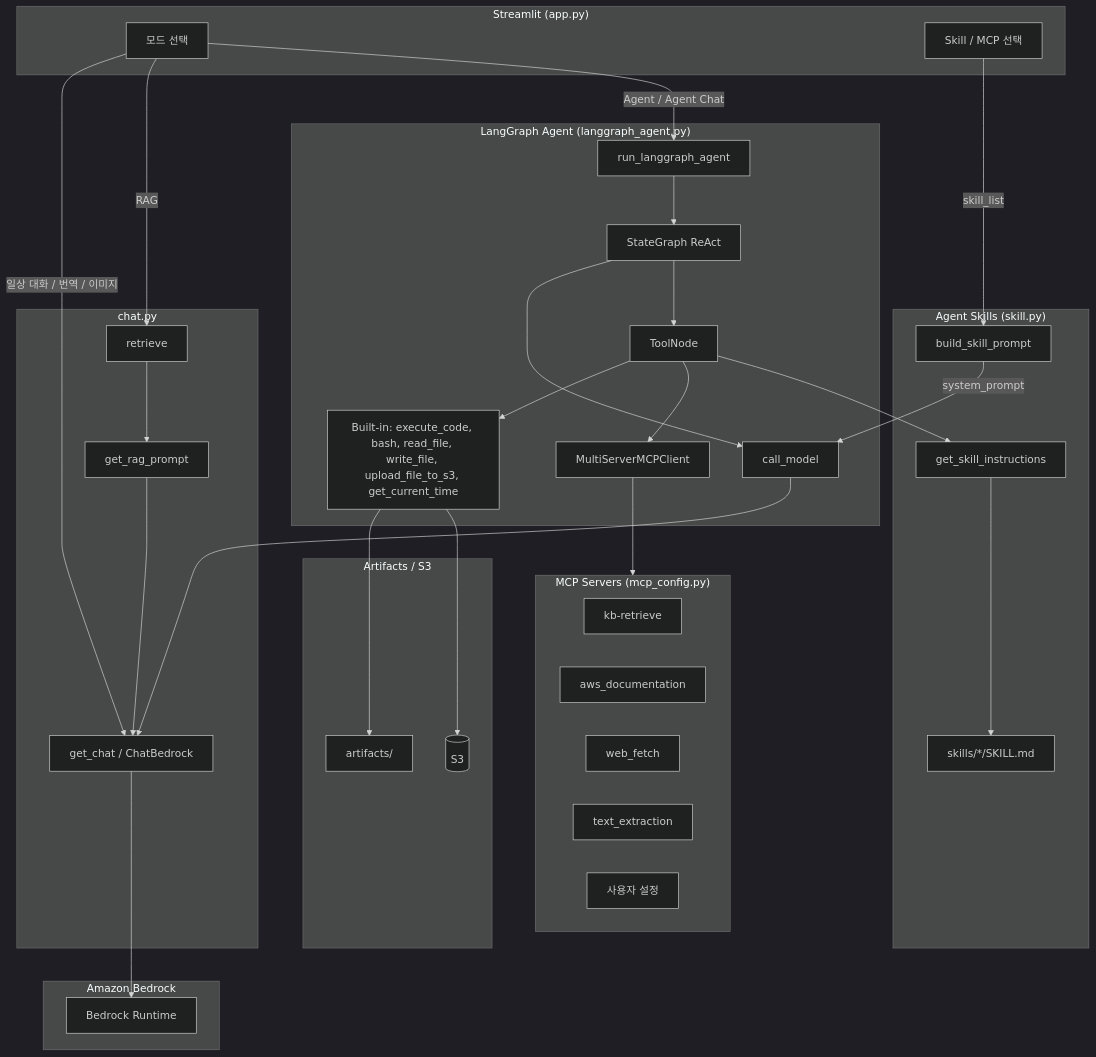
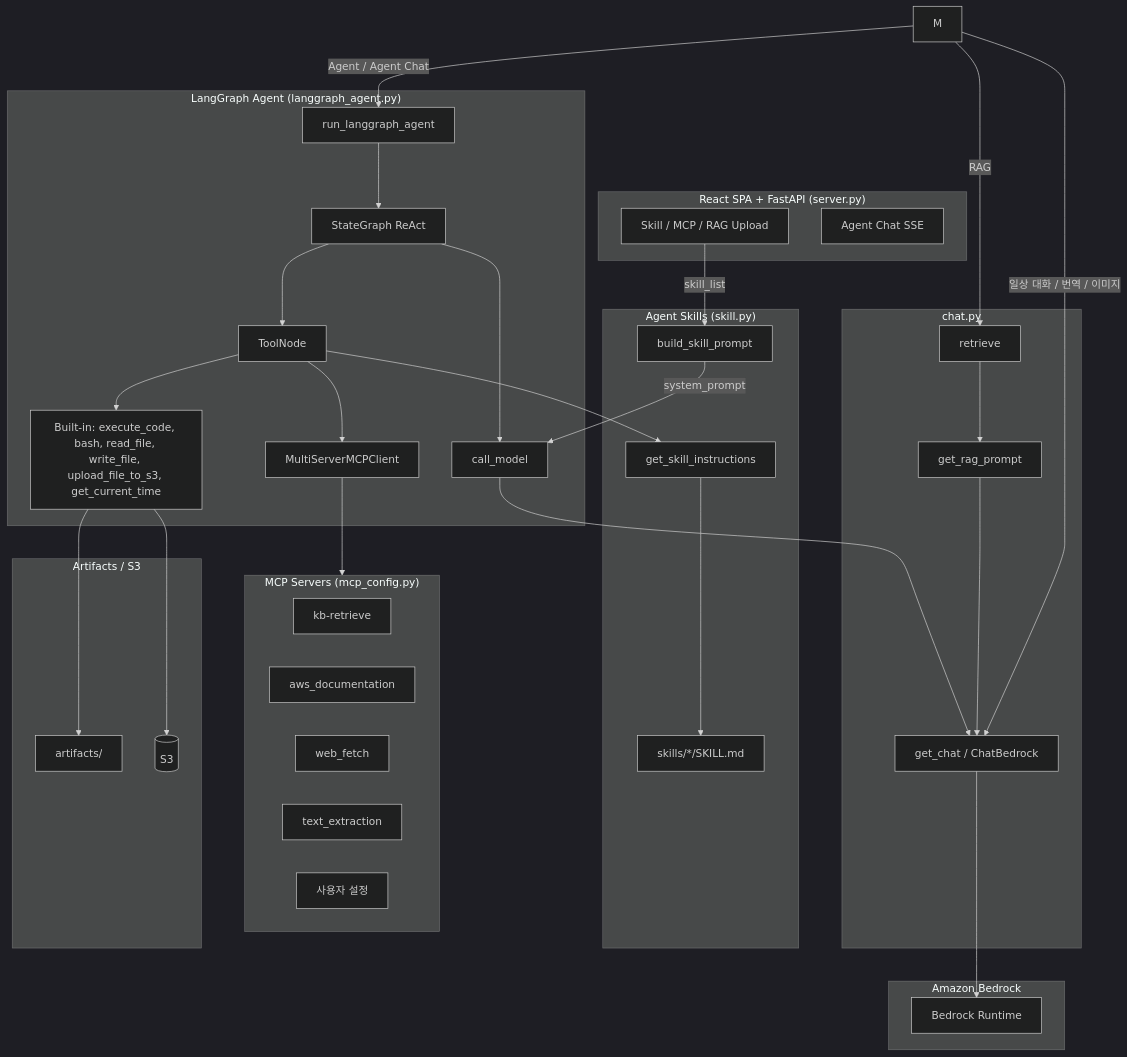
Before and after one commit to kyopark2014/rag-automation: the diagram in README.md, drawn with Mermaid (dark theme). The commit also changed other lines of this file and 71 other files, not shown here.

First line of the commit message:
Migrate UI from Streamlit to FastAPI + React and scope KB data to project prefix.

````diff
--- a/README.md
+++ b/README.md
@@ -19,67 +30,67 @@
 ```mermaid
 flowchart TB
-  subgraph UI["Streamlit (app.py)"]
-    M[모드 선택]
-    SKUI[Skill / MCP 선택]
+  subgraph UI["React SPA + FastAPI (server.py)"]
+    SKUI[Skill / MCP / RAG Upload]
+    CHAT[Agent Chat SSE]
   end
 
   subgraph LLM["Amazon Bedrock"]
     BR[Bedrock Runtime]
   end
 
   subgraph Chat["chat.py"]
     GC[get_chat / ChatBedrock]
     RET[retrieve]
     RAG[get_rag_prompt]
   end
 
   subgraph Skills["Agent Skills (skill.py)"]
     SRC["skills/*/SKILL.md"]
     BSP[build_skill_prompt]
     GSI[get_skill_instructions]
   end
 
   subgraph LangGraphStack["LangGraph Agent (langgraph_agent.py)"]
     RLA[run_langgraph_agent]
     SG[StateGraph ReAct]
     CM[call_model]
     TN[ToolNode]
     BT["Built-in: execute_code, bash, read_file, write_file, upload_file_to_s3, get_current_time"]
     MCPC[MultiServerMCPClient]
   end
 
   subgraph MCPServers["MCP Servers (mcp_config.py)"]
     KB[kb-retrieve]
     AWS[aws_documentation]
     WF[web_fetch]
     TE[text_extraction]
     UC[사용자 설정]
   end
 
   subgraph Storage["Artifacts / S3"]
     ART[artifacts/]
     S3[(S3)]
   end
 
   M -->|일상 대화 / 번역 / 이미지| GC
   M -->|RAG| RET
   M -->|Agent / Agent Chat| RLA
   SKUI -->|skill_list| BSP
 
   RET --> RAG
   RAG --> GC
   GC --> BR
 
   RLA --> SG
   SG --> CM
   CM --> GC
   SG --> TN
   TN --> BT
   TN --> MCPC
   TN --> GSI
   BSP -->|system_prompt| CM
   GSI --> SRC
   MCPC --> MCPServers
   BT --> ART
   BT --> S3
 ```
````
